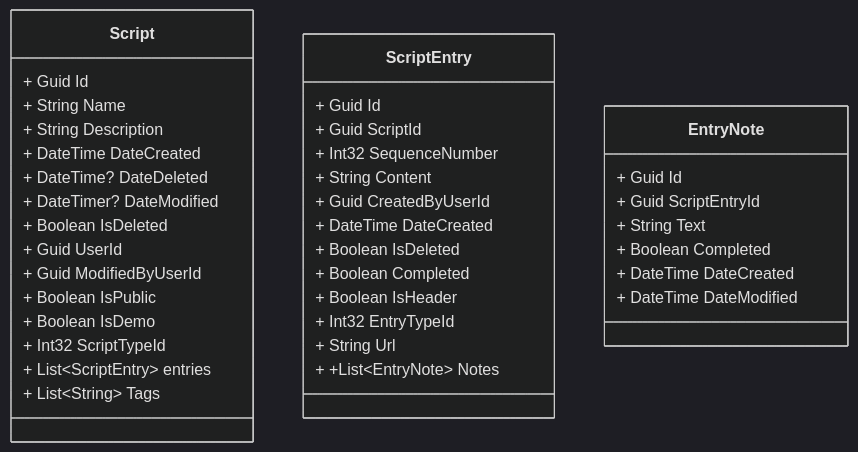
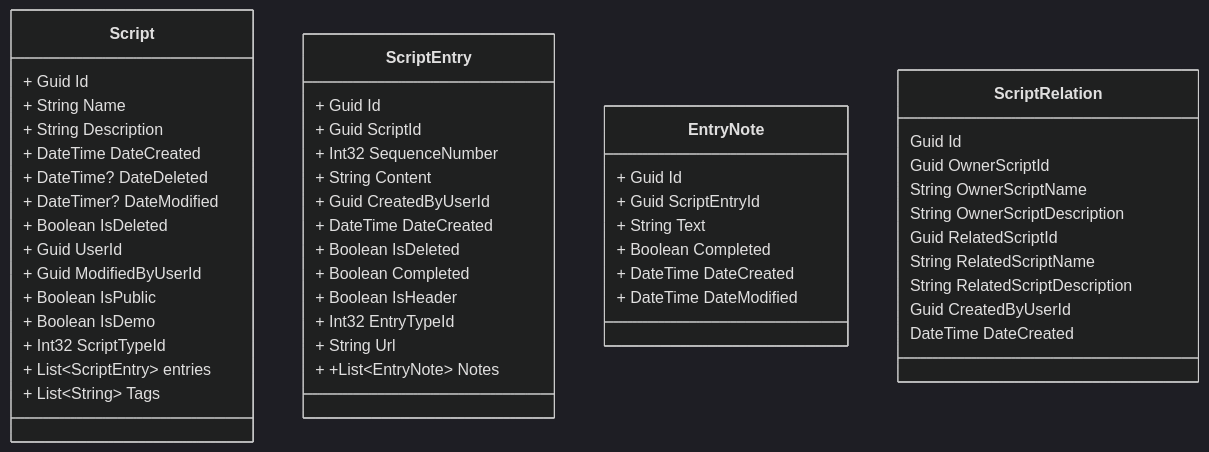
Before and after one commit to mcjackson/scrippit_node: the diagram in class-diagram.mermaid, drawn with Mermaid (dark theme).

Commit message:
added ScriptRelation to the class diagram

```diff
--- a/class-diagram.mermaid
+++ b/class-diagram.mermaid
@@ -1,42 +1,54 @@
 classDiagram
 
 class Script {
 + Guid Id
 + String Name
 + String Description
 + DateTime DateCreated
 + DateTime? DateDeleted
 + DateTimer? DateModified
 + Boolean IsDeleted
 + Guid UserId
 + Guid ModifiedByUserId
 + Boolean IsPublic
 + Boolean IsDemo
 + Int32 ScriptTypeId
 + List~ScriptEntry~ entries
 + List~String~ Tags
 }
 
 class ScriptEntry {
 + Guid Id
 + Guid ScriptId
 + Int32 SequenceNumber
 + String Content
 + Guid CreatedByUserId
 + DateTime DateCreated
 + Boolean IsDeleted
 + Boolean Completed
 + Boolean IsHeader
 + Int32 EntryTypeId
 + String Url
 + +List~EntryNote~ Notes
 }
 
 class EntryNote {
 + Guid Id
 + Guid ScriptEntryId
 + String Text
 + Boolean Completed
 + DateTime DateCreated
 + DateTime DateModified
 }
+
+class ScriptRelation {
+    Guid Id
+    Guid OwnerScriptId
+    String OwnerScriptName
+    String OwnerScriptDescription
+    Guid RelatedScriptId
+    String RelatedScriptName
+    String RelatedScriptDescription
+    Guid CreatedByUserId
+    DateTime DateCreated
+}
```
